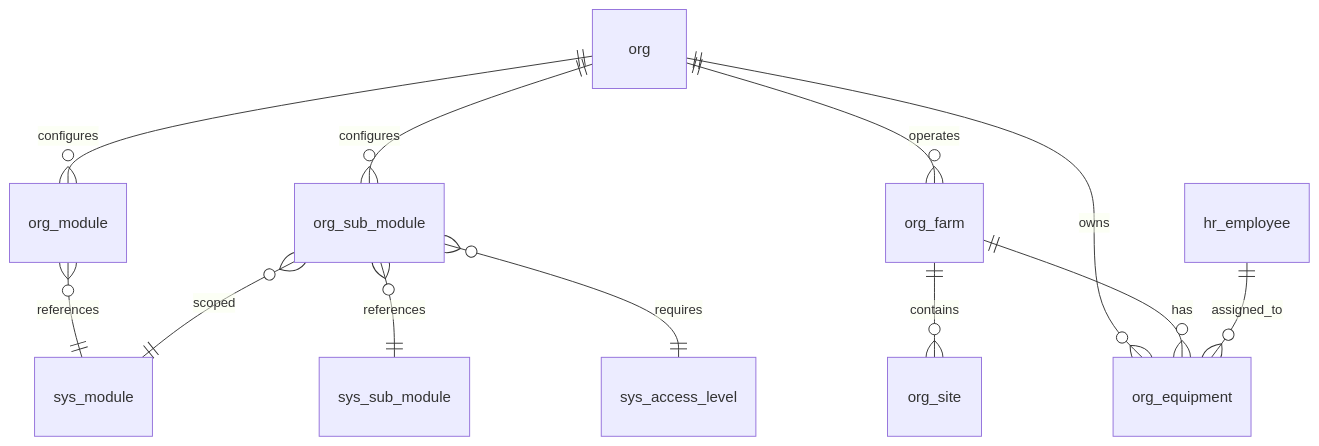
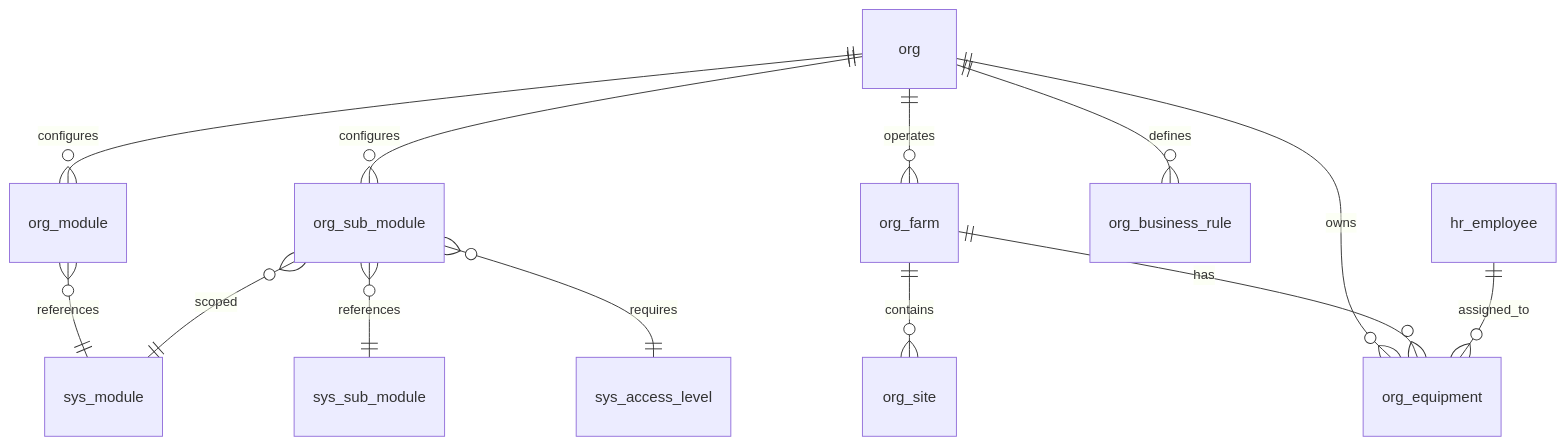
Before and after one commit to Hawaii-Farming/aloha-app: the diagram in docs/schemas/20260326_02_org.md, drawn with Mermaid. The commit also changed other lines of this file and 62 other files, not shown here.

````diff
--- a/docs/schemas/20260326_02_org.md
+++ b/docs/schemas/20260326_02_org.md
@@ -9,14 +9,15 @@
 ```mermaid
 erDiagram
     org ||--o{ org_module : configures
     org ||--o{ org_sub_module : configures
     org ||--o{ org_farm : operates
     org ||--o{ org_equipment : owns
+    org ||--o{ org_business_rule : defines
     org_module }o--|| sys_module : references
     org_sub_module }o--|| sys_sub_module : references
     org_sub_module }o--|| sys_module : scoped
     org_sub_module }o--|| sys_access_level : requires
     org_farm ||--o{ org_site : contains
     org_farm ||--o{ org_equipment : has
     hr_employee ||--o{ org_equipment : assigned_to
 ```
````
